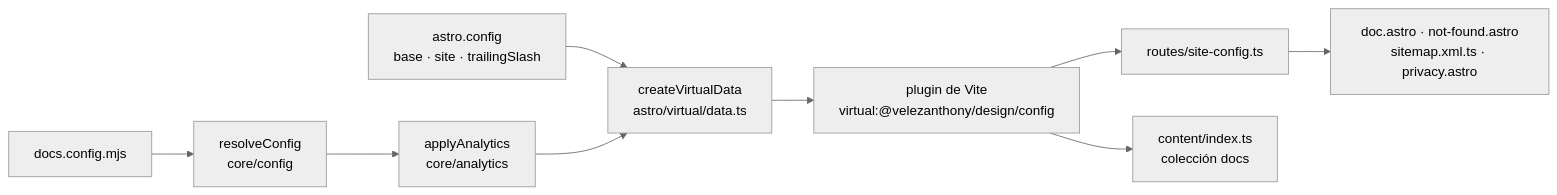
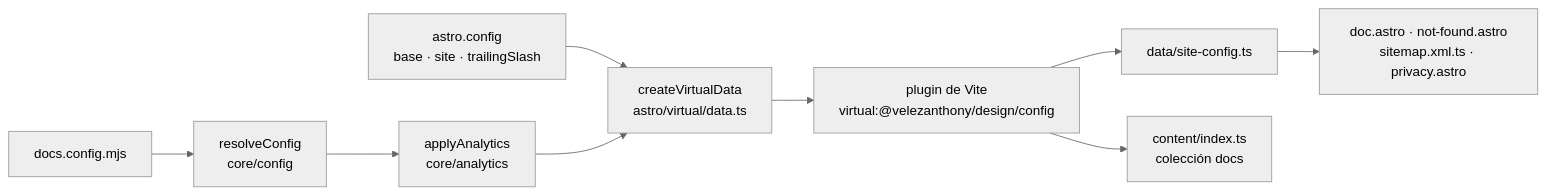
One commit to velezanthony/design changed the second of 2 diagrams in docs/src/content/docs/integracion/por-dentro.md. Above: the diagram before and after it, drawn with Mermaid (neutral theme). The commit also changed other lines of this file and 8 other files, not shown here.

First line of the commit message:
docs(architecture): describe the pages, views and data folders of src/astro

````diff
--- a/docs/src/content/docs/integracion/por-dentro.md
+++ b/docs/src/content/docs/integracion/por-dentro.md
@@ -131,11 +131,11 @@
 ```mermaid
 flowchart LR
   cfg["docs.config.mjs"] --> rc["resolveConfig<br/>core/config"]
   rc --> aa["applyAnalytics<br/>core/analytics"]
   astro["astro.config<br/>base · site · trailingSlash"] --> vd
   aa --> vd["createVirtualData<br/>astro/virtual/data.ts"]
   vd --> vp["plugin de Vite<br/>virtual:@velezanthony/design/config"]
-  vp --> sc["routes/site-config.ts"]
+  vp --> sc["data/site-config.ts"]
   vp --> ct["content/index.ts<br/>colección docs"]
   sc --> doc["doc.astro · not-found.astro<br/>sitemap.xml.ts · privacy.astro"]
 ```
````
